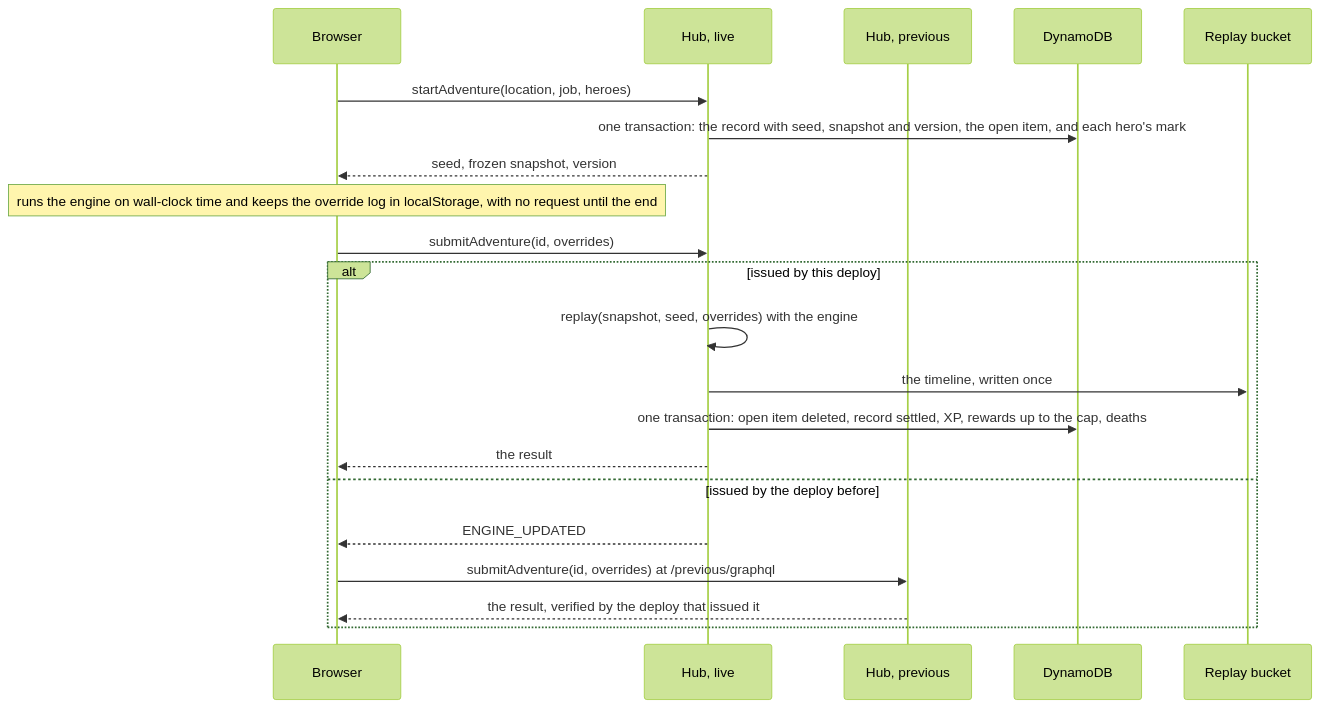
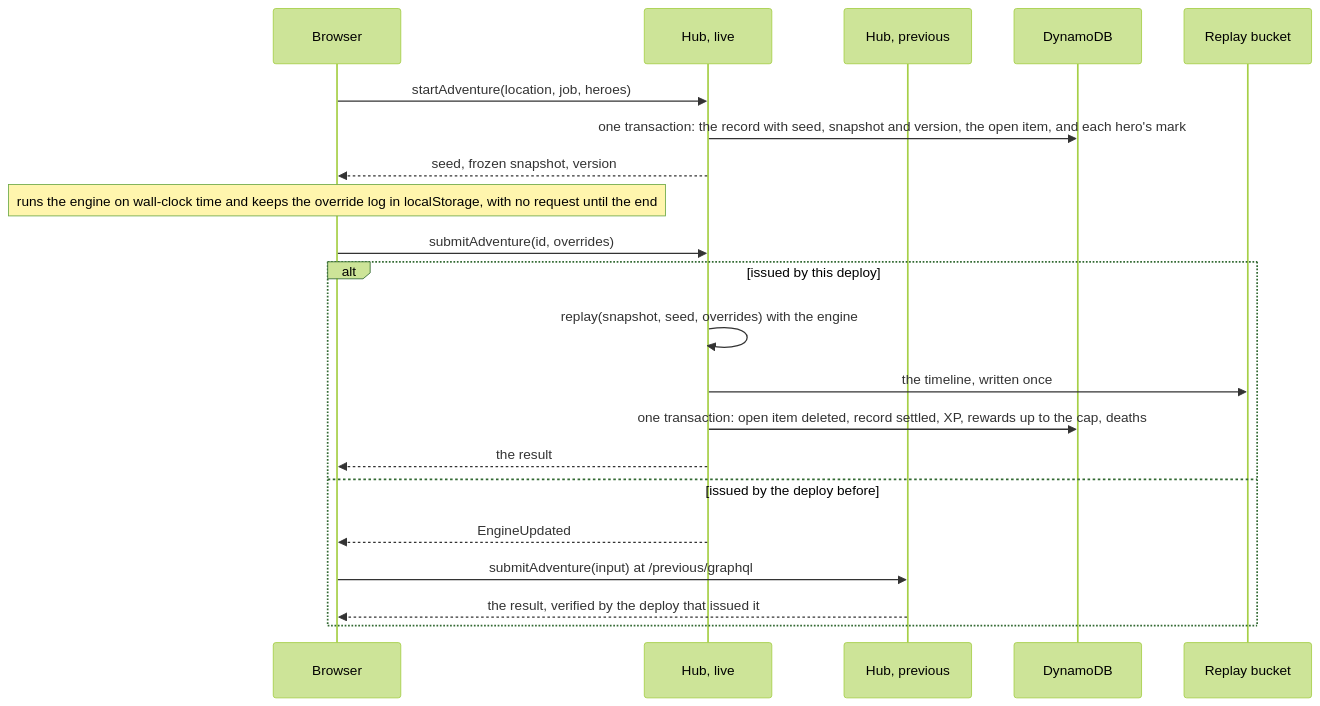
The second of 2 diagrams in README.md (Heroic-Enterprise-Adventure-Time/HEAT), drawn with Mermaid (forest theme) before and after one commit. The commit also changed 17 other files, not shown here.

````diff
--- a/README.md
+++ b/README.md
@@ -67,23 +67,23 @@
 ```mermaid
 sequenceDiagram
   participant B as Browser
   participant H as Hub, live
   participant P as Hub, previous
   participant D as DynamoDB
   participant S as Replay bucket
   B->>H: startAdventure(location, job, heroes)
   H->>D: one transaction: the record with seed, snapshot and version, the open item, and each hero's mark
   H-->>B: seed, frozen snapshot, version
   Note over B: runs the engine on wall-clock time and keeps the override log in localStorage, with no request until the end
   B->>H: submitAdventure(id, overrides)
   alt issued by this deploy
     H->>H: replay(snapshot, seed, overrides) with the engine
     H->>S: the timeline, written once
     H->>D: one transaction: open item deleted, record settled, XP, rewards up to the cap, deaths
     H-->>B: the result
   else issued by the deploy before
-    H-->>B: ENGINE_UPDATED
-    B->>P: submitAdventure(id, overrides) at /previous/graphql
+    H-->>B: EngineUpdated
+    B->>P: submitAdventure(input) at /previous/graphql
     P-->>B: the result, verified by the deploy that issued it
   end
 ```
````
